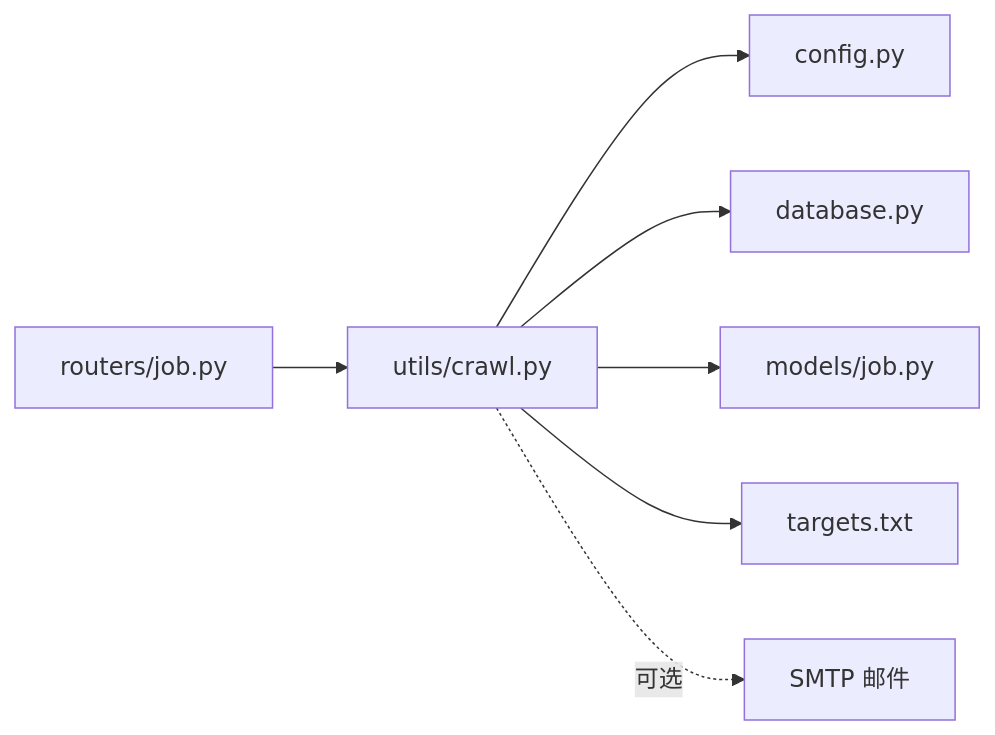
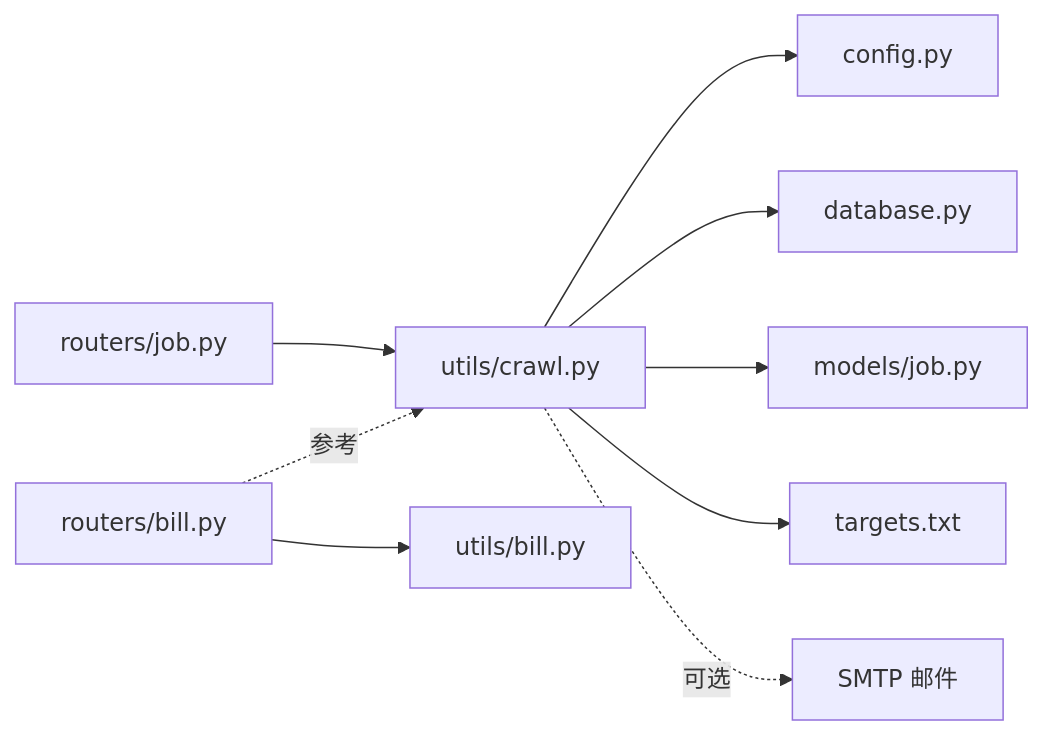
Before and after one commit to henghengZhu-0719/myblog: the sixth of 6 diagrams in .qoder/repowiki/zh/content/后端架构/工具函数库/招聘数据爬取工具.md, drawn with Mermaid. The commit also changed other lines of this file and 3 other files, not shown here.

````diff
--- a/.qoder/repowiki/zh/content/后端架构/工具函数库/招聘数据爬取工具.md
+++ b/.qoder/repowiki/zh/content/后端架构/工具函数库/招聘数据爬取工具.md
@@ -262,9 +304,11 @@
 ```mermaid
 graph LR
 Router["routers/job.py"] --> Crawl["utils/crawl.py"]
 Crawl --> Config["config.py"]
 Crawl --> DB["database.py"]
 Crawl --> Model["models/job.py"]
 Crawl --> Targets["targets.txt"]
 Crawl -. 可选 .-> Email["SMTP 邮件"]
+AsyncExample["routers/bill.py"] --> AsyncUtils["utils/bill.py"]
+AsyncExample -. 参考 .-> Crawl
 ```
````
